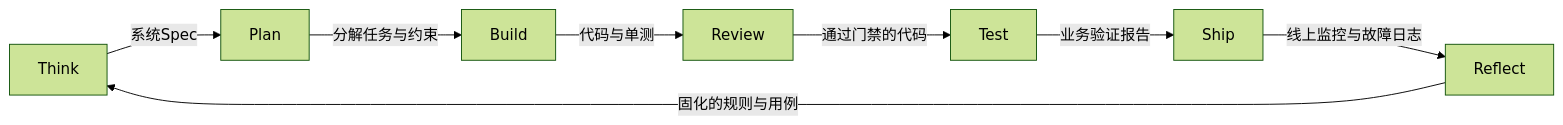
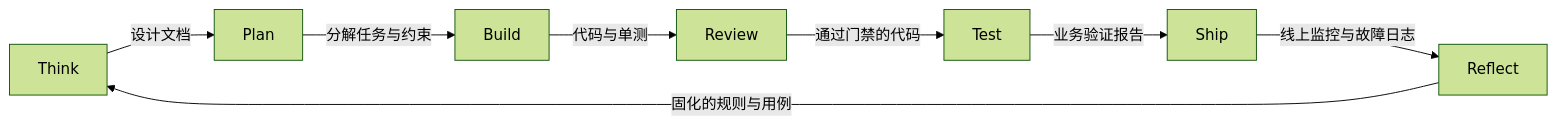
Before and after one commit to Frully/AIDM: the diagram in 04-全局地图：开发生命周期的七个阶段.md, drawn with Mermaid (forest theme). The commit also changed other lines of this file and 3 other files, not shown here.

Commit message:
docs: rewrite and polish Think/Plan chapters for terminology and style

````diff
--- a/04-全局地图：开发生命周期的七个阶段.md
+++ b/04-全局地图：开发生命周期的七个阶段.md
@@ -28,10 +28,10 @@
 ```mermaid
 graph LR
-    Think -->|系统Spec| Plan
+    Think -->|设计文档| Plan
     Plan -->|分解任务与约束| Build
     Build -->|代码与单测| Review
     Review -->|通过门禁的代码| Test
     Test -->|业务验证报告| Ship
     Ship -->|线上监控与故障日志| Reflect
     Reflect -->|固化的规则与用例| Think
 ```
````
